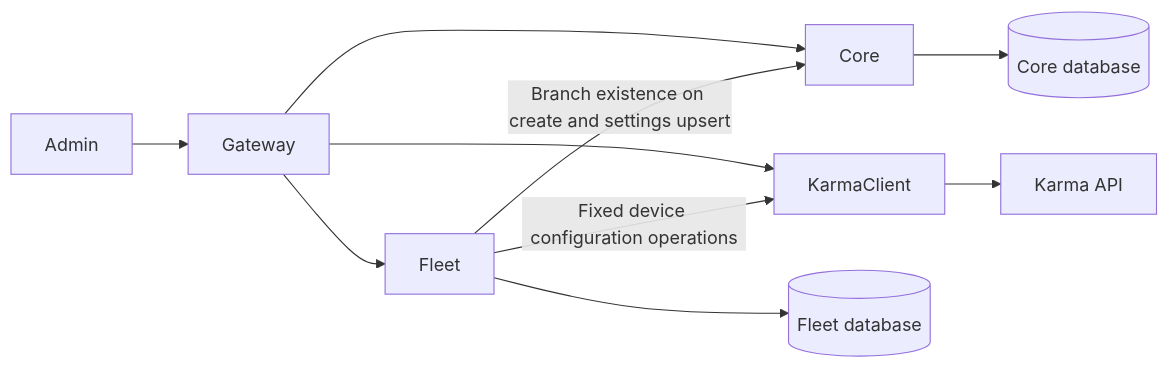
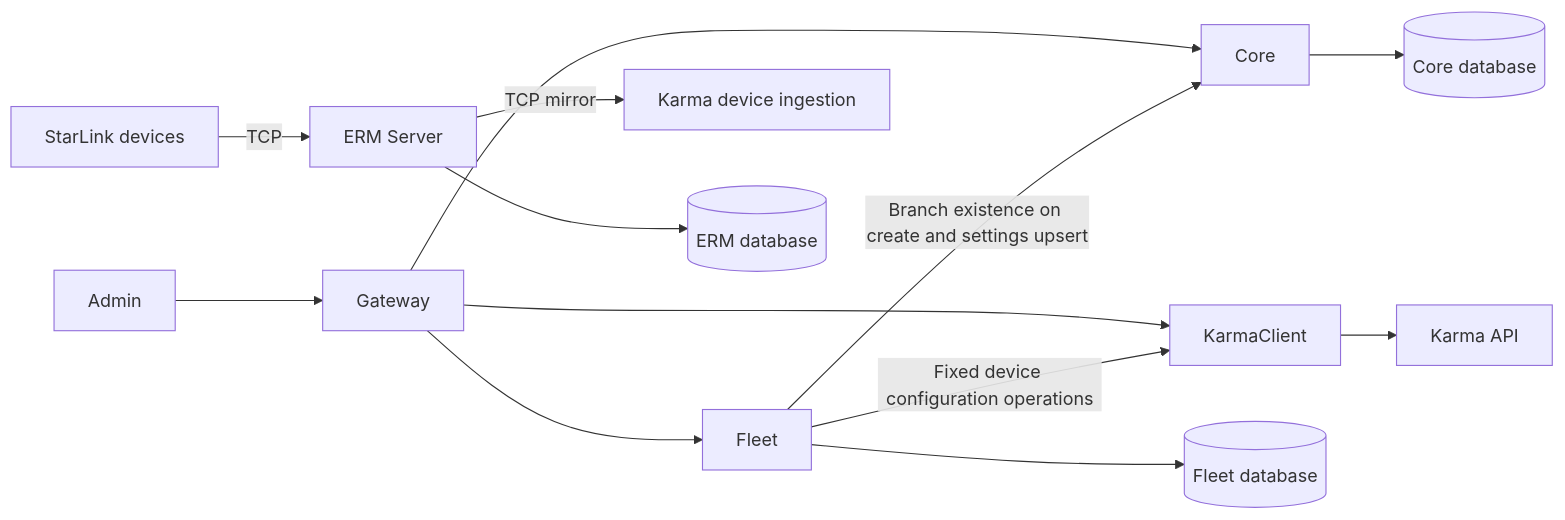
One commit to agavazov/holita changed the diagram in docs/architecture/overview.md. Above: the diagram before and after it, drawn with Mermaid. The commit also changed other lines of this file and 47 other files, not shown here.

Commit message:
feat(erm-server): mirror StarLink traffic with persistence

````diff
--- a/docs/architecture/overview.md
+++ b/docs/architecture/overview.md
@@ -61,12 +64,15 @@
 ```mermaid
 flowchart LR
   Admin --> Gateway
   Gateway --> Core
   Gateway --> Fleet
   Gateway --> KarmaClient
   KarmaClient --> KarmaAPI[Karma API]
   Fleet -->|Fixed device configuration operations| KarmaClient
   Core --> CoreDB[(Core database)]
   Fleet --> FleetDB[(Fleet database)]
   Fleet -->|Branch existence on create and settings upsert| Core
+  Devices[StarLink devices] -->|TCP| ERMServer[ERM Server]
+  ERMServer -->|TCP mirror| KarmaIngestion[Karma device ingestion]
+  ERMServer --> ERMDB[(ERM database)]
 ```
````
